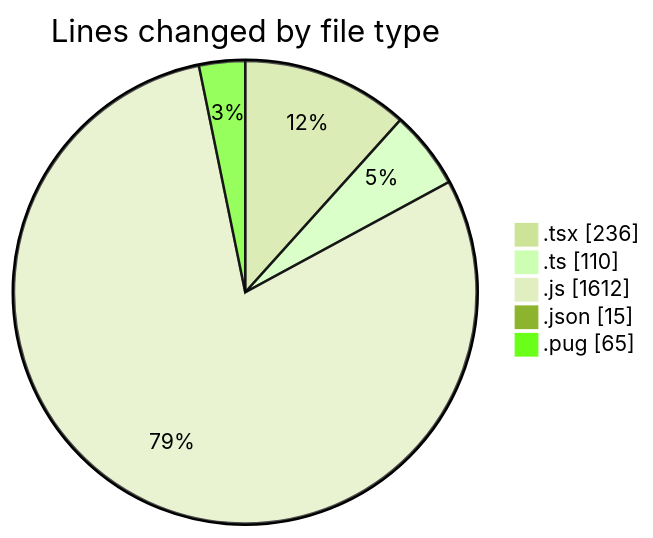
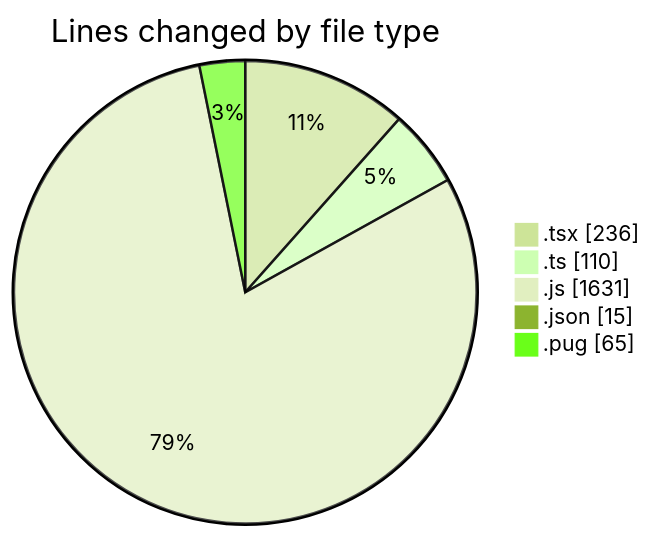
One commit to momahboobian/code-tracking changed the first of 2 diagrams in 2025-03-24/cda/README.md. Above: the diagram before and after it, drawn with Mermaid (forest theme). The commit also changed other lines of this file and 1 other file, not shown here.

````diff
--- a/2025-03-24/cda/README.md
+++ b/2025-03-24/cda/README.md
@@ -30,9 +30,9 @@
 ```mermaid
 pie showData
 title Lines changed by file type
 ".tsx" : 236
 ".ts" : 110
-".js" : 1612
+".js" : 1631
 ".json" : 15
 ".pug" : 65
 ```
````
